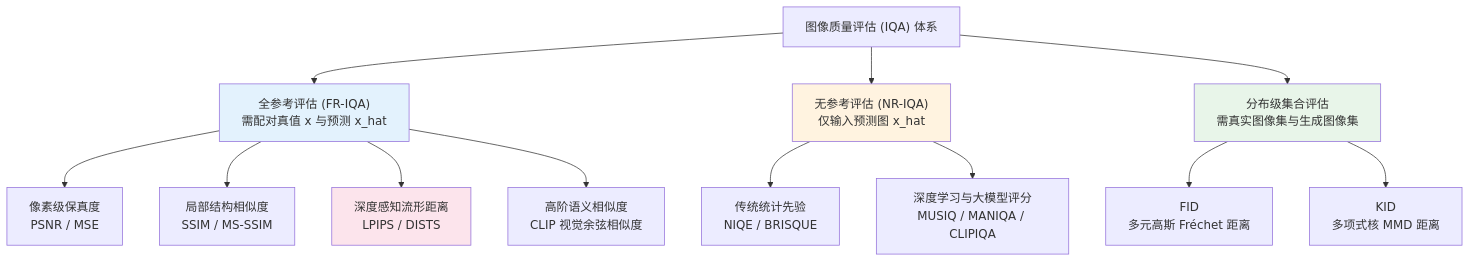
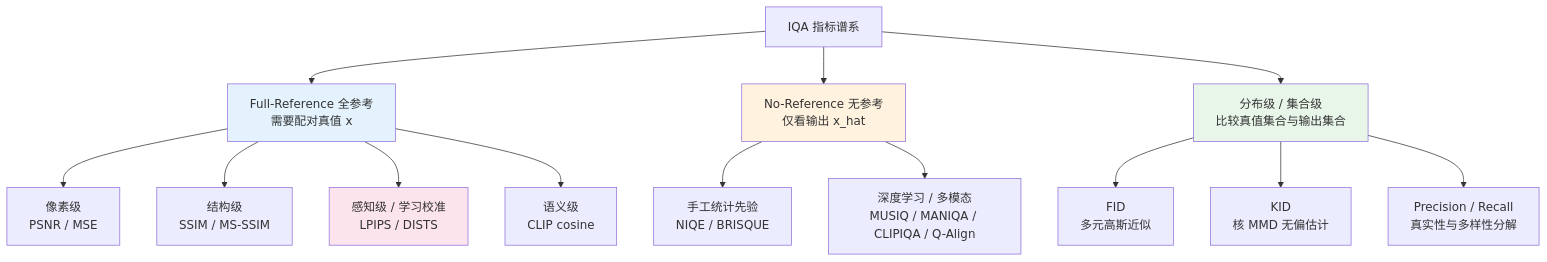
The first of 3 diagrams in chapters/04-metrics.md (yingwang/image-enhancement-guide), drawn with Mermaid before and after one commit. The commit also changed other lines of this file and 18 other files, not shown here.

````diff
--- a/chapters/04-metrics.md
+++ b/chapters/04-metrics.md
@@ -42,22 +43,23 @@
 ```mermaid
 graph TD
-    Root["图像质量评估 (IQA) 体系"] --> FR["全参考评估 (FR-IQA)<br/>需配对真值 x 与预测 x_hat"]
-    Root --> NR["无参考评估 (NR-IQA)<br/>仅输入预测图 x_hat"]
-    Root --> DIST["分布级集合评估<br/>需真实图像集与生成图像集"]
+    Root[IQA 指标谱系] --> FR[Full-Reference 全参考<br/>需要配对真值 x]
+    Root --> NR[No-Reference 无参考<br/>仅看输出 x_hat]
+    Root --> DIST[分布级 / 集合级<br/>比较真值集合与输出集合]
 
-    FR --> Pixel["像素级保真度<br/>PSNR / MSE"]
-    FR --> Struct["局部结构相似度<br/>SSIM / MS-SSIM"]
-    FR --> Percep["深度感知流形距离<br/>LPIPS / DISTS"]
-    FR --> SemSim["高阶语义相似度<br/>CLIP 视觉余弦相似度"]
+    FR --> Pixel[像素级<br/>PSNR / MSE]
+    FR --> Struct[结构级<br/>SSIM / MS-SSIM]
+    FR --> Percep[感知级 / 学习校准<br/>LPIPS / DISTS]
+    FR --> SemSim[语义级<br/>CLIP cosine]
 
-    NR --> NIQEB["传统统计先验<br/>NIQE / BRISQUE"]
-    NR --> Learned["深度学习与大模型评分<br/>MUSIQ / MANIQA / CLIPIQA"]
+    NR --> NIQEB[手工统计先验<br/>NIQE / BRISQUE]
+    NR --> Learned[深度学习 / 多模态<br/>MUSIQ / MANIQA / CLIPIQA / Q-Align]
 
-    DIST --> FIDB["FID<br/>多元高斯 Fréchet 距离"]
-    DIST --> KIDB["KID<br/>多项式核 MMD 距离"]
+    DIST --> FIDB[FID<br/>多元高斯近似]
+    DIST --> KIDB[KID<br/>核 MMD 无偏估计]
+    DIST --> Prec[Precision / Recall<br/>真实性与多样性分解]
 
     style FR fill:#e3f2fd
     style NR fill:#fff3e0
     style DIST fill:#e8f5e9
     style Percep fill:#fce4ec
 ```
````
